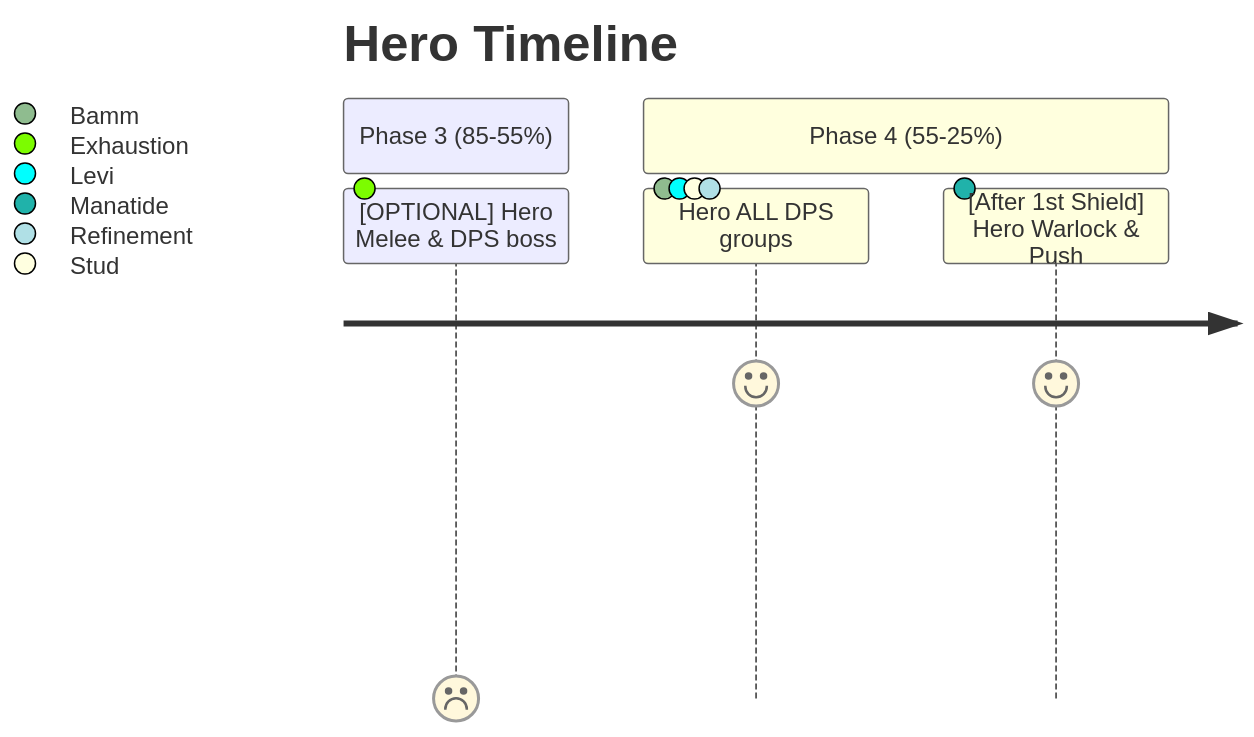
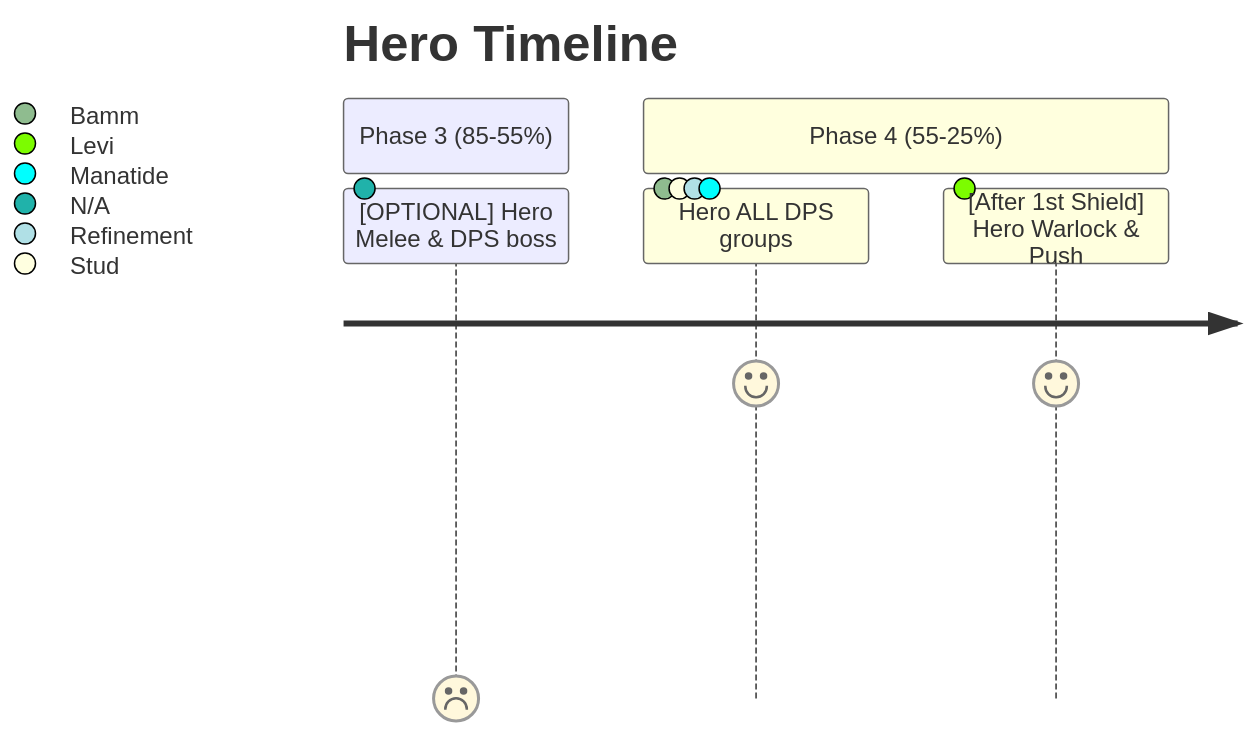
The tenth of 11 diagrams in wepulled/swp/README.md (leemWF/READMEVault), drawn with Mermaid before and after one commit. The commit also changed other lines of this file, not shown here.

````diff
--- a/wepulled/swp/README.md
+++ b/wepulled/swp/README.md
@@ -231,9 +233,9 @@
 ```mermaid
 journey
     title Hero Timeline
     section Phase 3 (85-55%)
-      [OPTIONAL] Hero Melee & DPS boss: 0: Exhaustion
+      [OPTIONAL] Hero Melee & DPS boss: 0: N/A
     section Phase 4 (55-25%)
-      Hero ALL DPS groups: 7: Bamm, Levi, Stud, Refinement
-      [After 1st Shield] Hero Warlock & Push: 7: Manatide
+      Hero ALL DPS groups: 7: Bamm, Stud, Refinement, Manatide
+      [After 1st Shield] Hero Warlock & Push: 7: Levi
 ```
````
